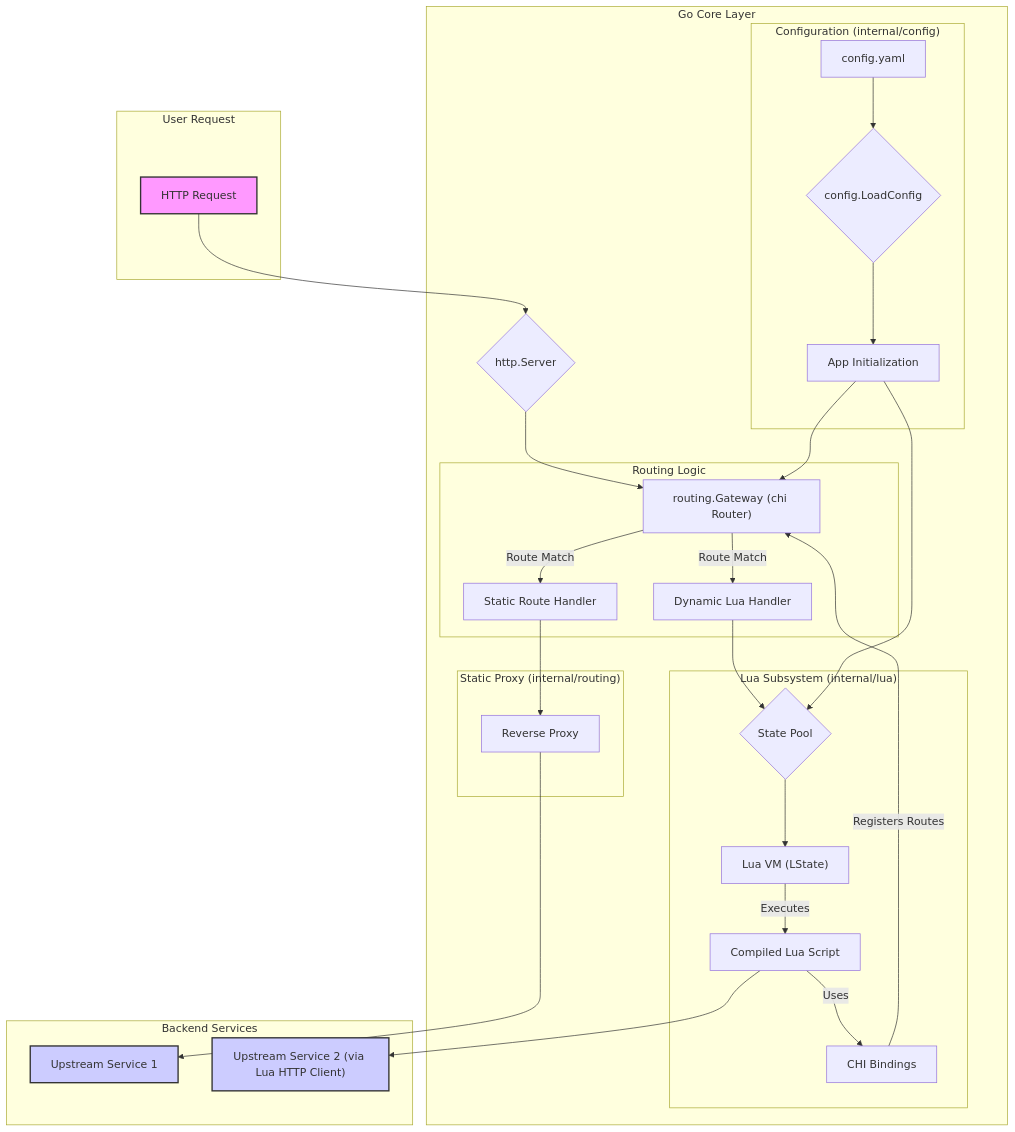
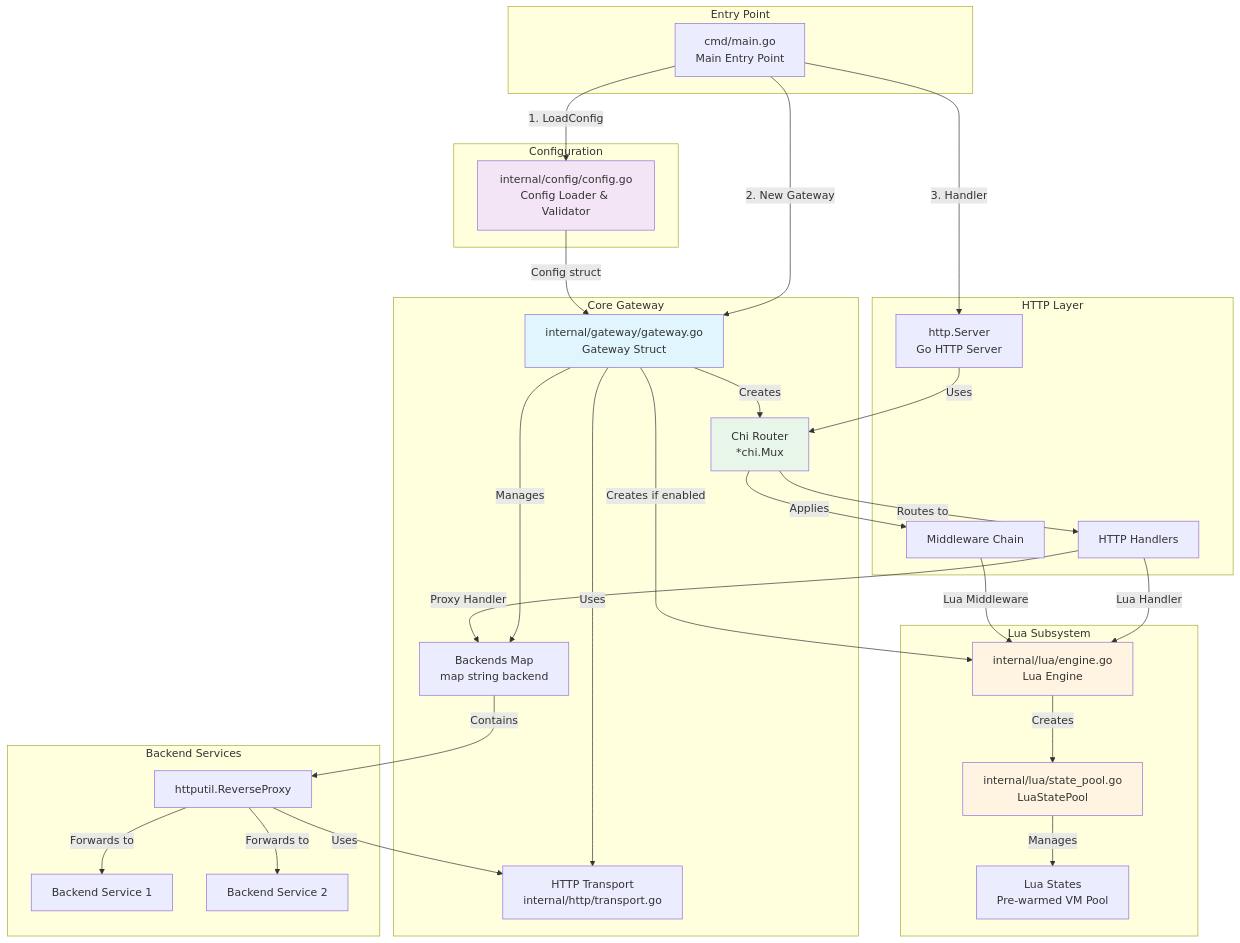
Before and after one commit to ygalsk/keystone-gateway: the first of 3 diagrams in DESIGN.md, drawn with Mermaid. The commit also changed other lines of this file and 44 other files, not shown here.

First line of the commit message:
refactor!: restructure Lua engine and documentation

````diff
--- a/DESIGN.md
+++ b/DESIGN.md
@@ -134,44 +29,70 @@
 ```mermaid
-graph TD
-    subgraph "User Request"
-        A[HTTP Request]
+graph TB
+    subgraph "Entry Point"
+        MAIN[cmd/main.go<br/>Main Entry Point]
     end
 
-    subgraph "Go Core Layer"
-        A --> B{http.Server};
-        B --> C["routing.Gateway (chi Router)"];
+    subgraph "Configuration"
+        CONFIG[internal/config/config.go<br/>Config Loader & Validator]
+    end
 
-        subgraph "Routing Logic"
-            C -- Route Match --> D[Static Route Handler];
-            C -- Route Match --> E[Dynamic Lua Handler];
-        end
+    subgraph "Core Gateway"
+        GW[internal/gateway/gateway.go<br/>Gateway Struct]
+        ROUTER[Chi Router<br/>*chi.Mux]
+        BACKENDS[Backends Map<br/>map string backend]
+        TRANSPORT[HTTP Transport<br/>internal/http/transport.go]
+    end
 
-        subgraph "Lua Subsystem (internal/lua)"
-            E --> F{State Pool};
-            F --> G["Lua VM (LState)"];
-            G -- Executes --> H[Compiled Lua Script];
-            H -- Uses --> I[CHI Bindings];
-            I -- Registers Routes --> C;
-        end
+    subgraph "Lua Subsystem"
+        ENGINE[internal/lua/engine.go<br/>Lua Engine]
+        POOL[internal/lua/state_pool.go<br/>LuaStatePool]
+        STATES[Lua States<br/>Pre-warmed VM Pool]
+    end
 
-        subgraph "Static Proxy (internal/routing)"
-            D --> L[Reverse Proxy];
-        end
-
-        subgraph "Configuration (internal/config)"
-            M[config.yaml] --> N{config.LoadConfig};
-            N --> O[App Initialization];
-            O --> C;
-            O --> F;
-        end
+    subgraph "HTTP Layer"
+        SERVER[http.Server<br/>Go HTTP Server]
+        HANDLER[HTTP Handlers]
+        MW[Middleware Chain]
     end
 
     subgraph "Backend Services"
-        L --> P[Upstream Service 1];
-        H --> Q["Upstream Service 2 (via Lua HTTP Client)"];
+        PROXY[httputil.ReverseProxy]
+        BACKEND1[Backend Service 1]
+        BACKEND2[Backend Service 2]
     end
 
-    style A fill:#f9f,stroke:#333,stroke-width:2px
-    style P fill:#ccf,stroke:#333,stroke-width:2px
-    style Q fill:#ccf,stroke:#333,stroke-width:2px
+    MAIN -->|1. LoadConfig| CONFIG
+    MAIN -->|2. New Gateway| GW
+    MAIN -->|3. Handler| SERVER
+
+    CONFIG -->|Config struct| GW
+
+    GW -->|Creates| ROUTER
+    GW -->|Manages| BACKENDS
+    GW -->|Creates if enabled| ENGINE
+    GW -->|Uses| TRANSPORT
+
+    ENGINE -->|Creates| POOL
+    POOL -->|Manages| STATES
+
+    ROUTER -->|Routes to| HANDLER
+    ROUTER -->|Applies| MW
+
+    HANDLER -->|Lua Handler| ENGINE
+    HANDLER -->|Proxy Handler| BACKENDS
+
+    MW -->|Lua Middleware| ENGINE
+
+    BACKENDS -->|Contains| PROXY
+    PROXY -->|Uses| TRANSPORT
+    PROXY -->|Forwards to| BACKEND1
+    PROXY -->|Forwards to| BACKEND2
+
+    SERVER -->|Uses| ROUTER
+
+    style GW fill:#e1f5ff
+    style ENGINE fill:#fff4e1
+    style POOL fill:#fff4e1
+    style ROUTER fill:#e8f5e9
+    style CONFIG fill:#f3e5f5
 ```
````
